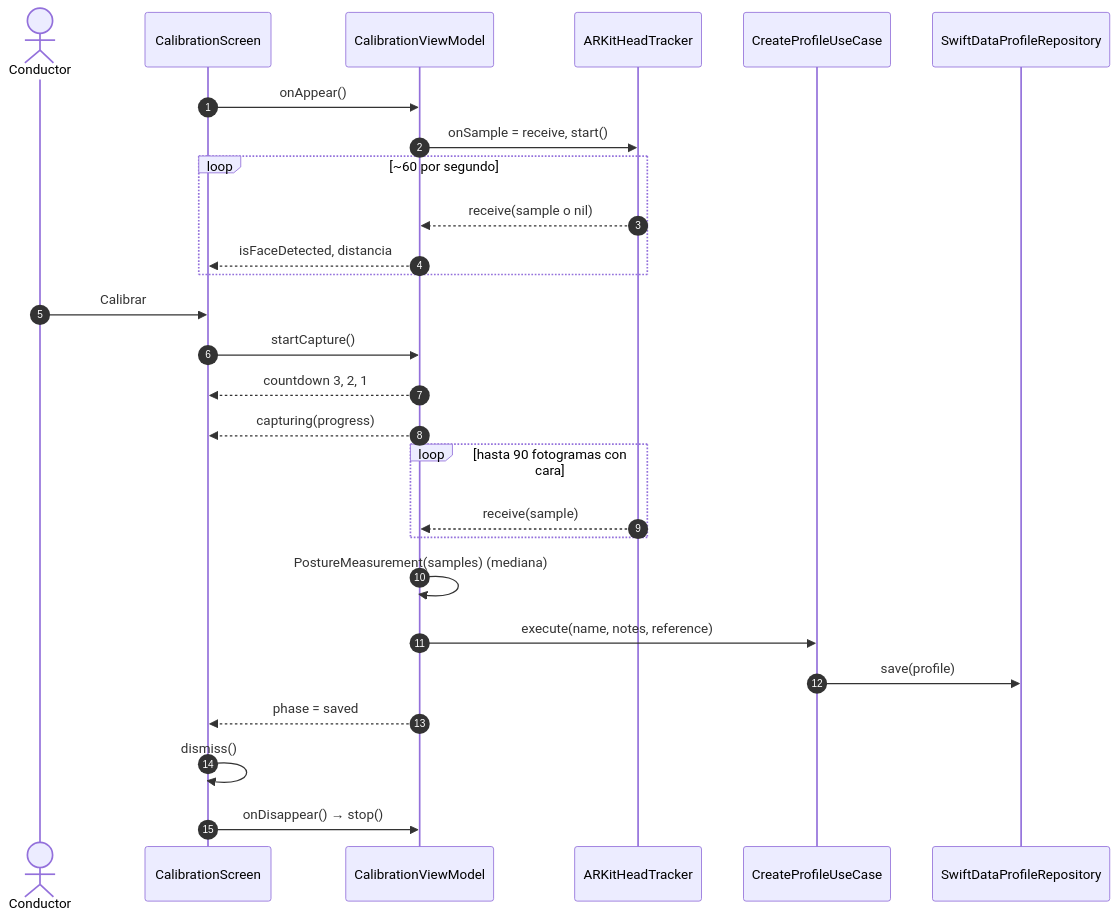
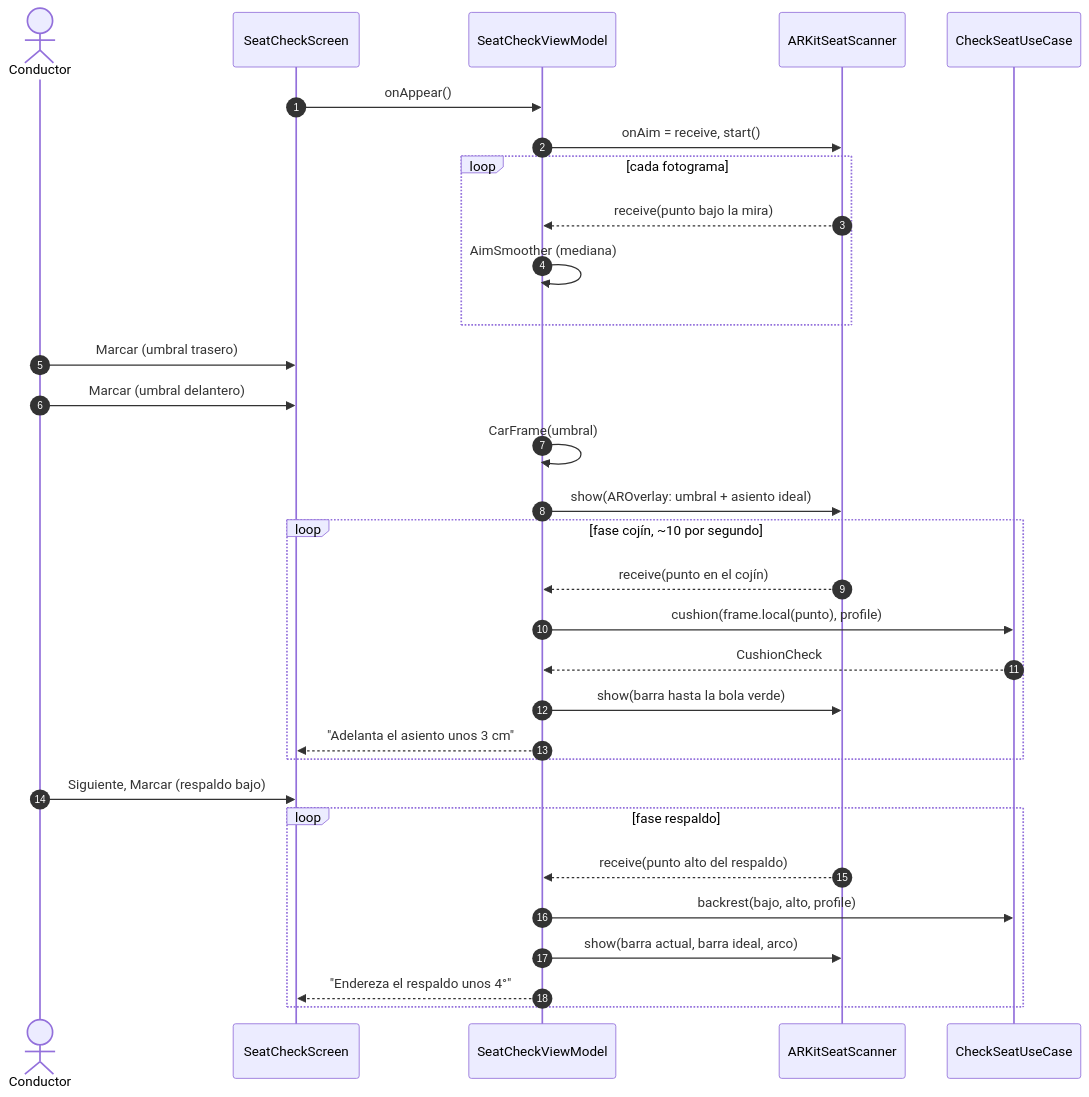
The third of 3 diagrams in docs/arquitectura.md (jhonjairo6230/my-car-possition), drawn with Mermaid before and after one commit. The commit also changed other lines of this file and 12 other files, not shown here.

First line of the commit message:
Documentación y ADR de la guía del asiento con realidad aumentada

````diff
--- a/docs/arquitectura.md
+++ b/docs/arquitectura.md
@@ -109,30 +71,34 @@
 ```mermaid
 sequenceDiagram
     autonumber
     actor U as Conductor
-    participant S as CalibrationScreen
-    participant VM as CalibrationViewModel
-    participant T as ARKitHeadTracker
-    participant UC as CreateProfileUseCase
-    participant R as SwiftDataProfileRepository
+    participant S as SeatCheckScreen
+    participant VM as SeatCheckViewModel
+    participant AR as ARKitSeatScanner
+    participant UC as CheckSeatUseCase
 
     S->>VM: onAppear()
-    VM->>T: onSample = receive, start()
-    loop ~60 por segundo
-        T-->>VM: receive(sample o nil)
-        VM-->>S: isFaceDetected, distancia
+    VM->>AR: onAim = receive, start()
+    loop cada fotograma
+        AR-->>VM: receive(punto bajo la mira)
+        VM->>VM: AimSmoother (mediana)
     end
-    U->>S: Calibrar
-    S->>VM: startCapture()
-    VM-->>S: countdown 3, 2, 1
-    VM-->>S: capturing(progress)
-    loop hasta 90 fotogramas con cara
-        T-->>VM: receive(sample)
+    U->>S: Marcar (umbral trasero)
+    U->>S: Marcar (umbral delantero)
+    VM->>VM: CarFrame(umbral)
+    VM->>AR: show(AROverlay: umbral + asiento ideal)
+    loop fase cojín, ~10 por segundo
+        AR-->>VM: receive(punto en el cojín)
+        VM->>UC: cushion(frame.local(punto), profile)
+        UC-->>VM: CushionCheck
+        VM->>AR: show(barra hasta la bola verde)
+        VM-->>S: "Adelanta el asiento unos 3 cm"
     end
-    VM->>VM: PostureMeasurement(samples) (mediana)
-    VM->>UC: execute(name, notes, reference)
-    UC->>R: save(profile)
-    VM-->>S: phase = saved
-    S->>S: dismiss()
-    S->>VM: onDisappear() → stop()
+    U->>S: Siguiente, Marcar (respaldo bajo)
+    loop fase respaldo
+        AR-->>VM: receive(punto alto del respaldo)
+        VM->>UC: backrest(bajo, alto, profile)
+        VM->>AR: show(barra actual, barra ideal, arco)
+        VM-->>S: "Endereza el respaldo unos 4°"
+    end
 ```
````
